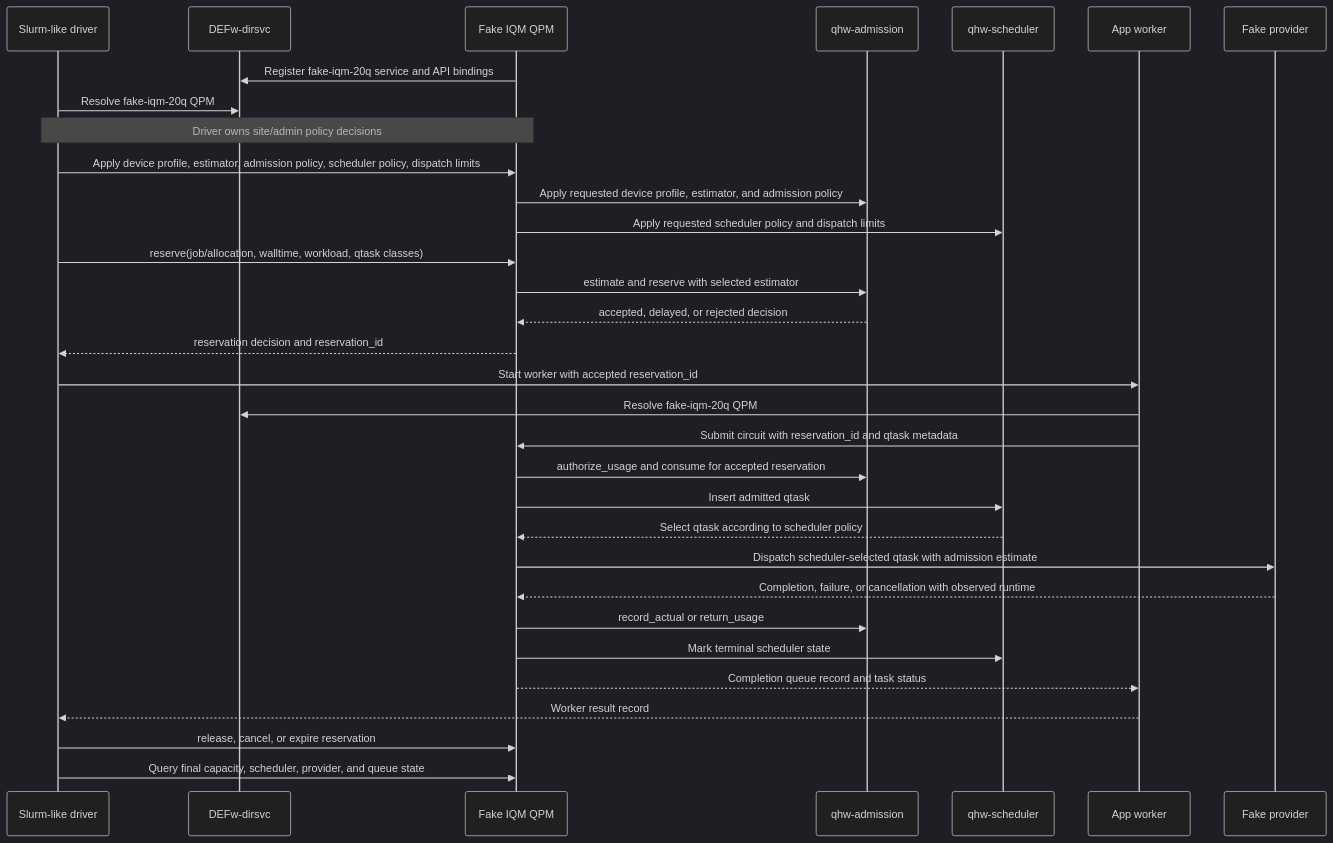
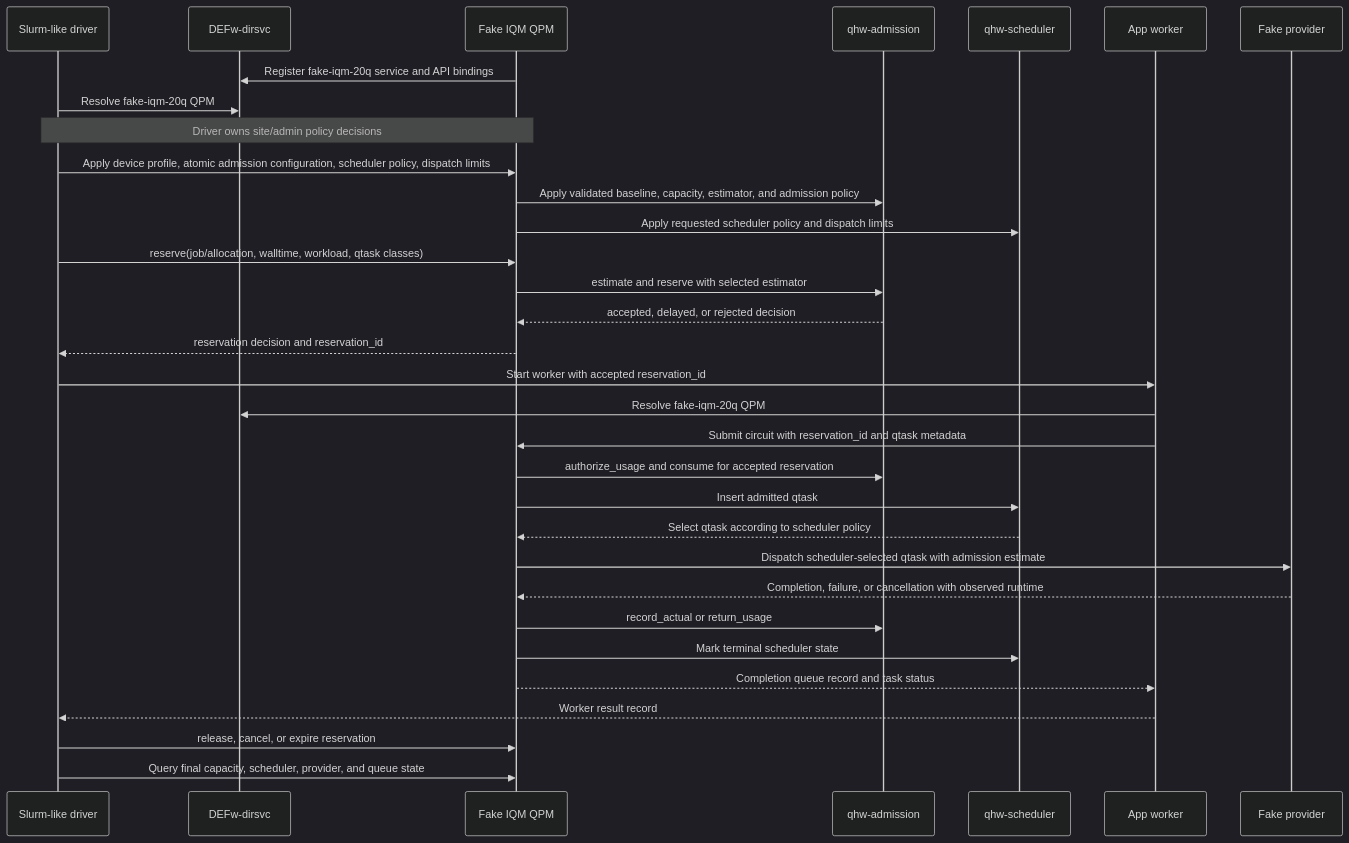
One commit to openQSE/QFw changed the diagram in docs/test-plan.md. Above: the diagram before and after it, drawn with Mermaid (dark theme). The commit also changed other lines of this file and 10 other files, not shown here.

First line of the commit message:
qpm: unify admission policy configuration

````diff
--- a/docs/test-plan.md
+++ b/docs/test-plan.md
@@ -202,35 +202,35 @@
 ```mermaid
 sequenceDiagram
   participant Driver as Slurm-like driver
   participant Dir as DEFw-dirsvc
   participant QPM as Fake IQM QPM
   participant Adm as qhw-admission
   participant Sched as qhw-scheduler
   participant App as App worker
   participant Prov as Fake provider
 
   QPM->>Dir: Register fake-iqm-20q service and API bindings
   Driver->>Dir: Resolve fake-iqm-20q QPM
   Note over Driver,QPM: Driver owns site/admin policy decisions
-  Driver->>QPM: Apply device profile, estimator, admission policy, scheduler policy, dispatch limits
-  QPM->>Adm: Apply requested device profile, estimator, and admission policy
+  Driver->>QPM: Apply device profile, atomic admission configuration, scheduler policy, dispatch limits
+  QPM->>Adm: Apply validated baseline, capacity, estimator, and admission policy
   QPM->>Sched: Apply requested scheduler policy and dispatch limits
   Driver->>QPM: reserve(job/allocation, walltime, workload, qtask classes)
   QPM->>Adm: estimate and reserve with selected estimator
   Adm-->>QPM: accepted, delayed, or rejected decision
   QPM-->>Driver: reservation decision and reservation_id
   Driver->>App: Start worker with accepted reservation_id
   App->>Dir: Resolve fake-iqm-20q QPM
   App->>QPM: Submit circuit with reservation_id and qtask metadata
   QPM->>Adm: authorize_usage and consume for accepted reservation
   QPM->>Sched: Insert admitted qtask
   Sched-->>QPM: Select qtask according to scheduler policy
   QPM->>Prov: Dispatch scheduler-selected qtask with admission estimate
   Prov-->>QPM: Completion, failure, or cancellation with observed runtime
   QPM->>Adm: record_actual or return_usage
   QPM->>Sched: Mark terminal scheduler state
   QPM-->>App: Completion queue record and task status
   App-->>Driver: Worker result record
   Driver->>QPM: release, cancel, or expire reservation
   Driver->>QPM: Query final capacity, scheduler, provider, and queue state
 ```
````
